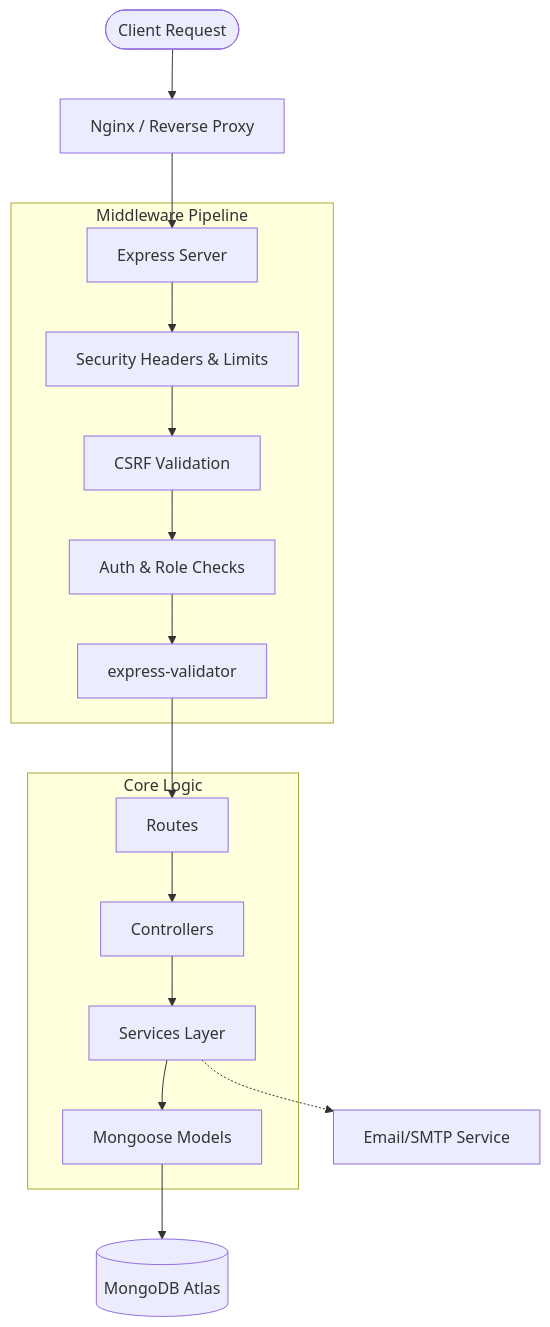
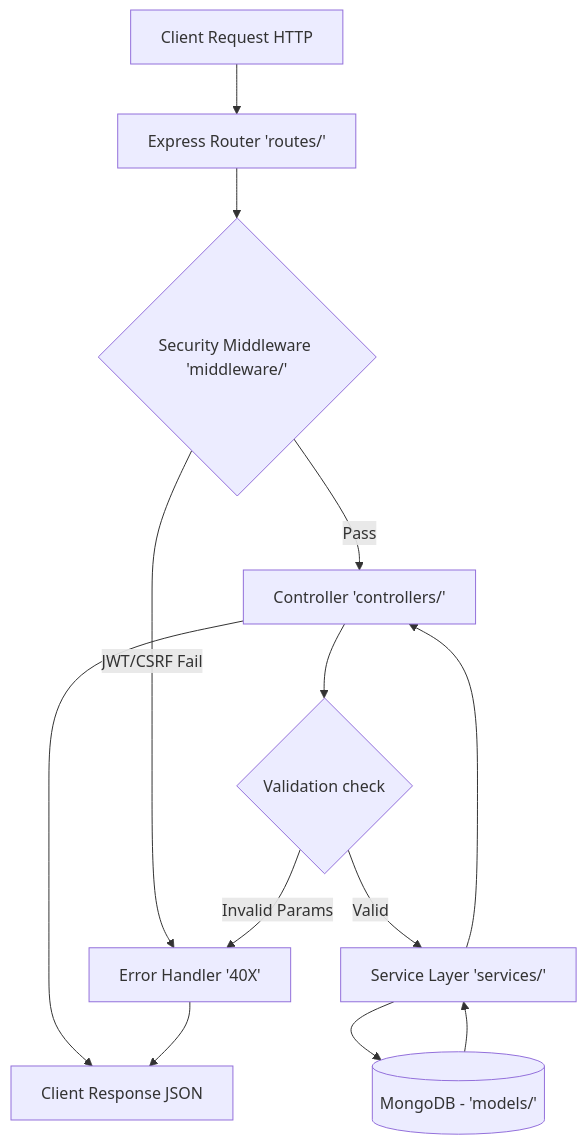
The diagram in backend/docs/architecture.md (mostafa-karam/eventx-studio), drawn with Mermaid before and after one commit. The commit also changed other lines of this file and 38 other files, not shown here.

Commit message:
feat: initialize backend project structure with MVC+S architecture, documentation, and core controllers

`````diff
--- a/backend/docs/architecture.md
+++ b/backend/docs/architecture.md
@@ -7,22 +9,15 @@
-```mermaid
+````mermaid
 graph TD
-    Client([Client Request]) --> Proxy[Nginx / Reverse Proxy]
-    Proxy --> Server[Express Server]
-
-    subgraph Middleware Pipeline
-        Server --> Sec[Security Headers & Limits]
-        Sec --> CSRF[CSRF Validation]
-        CSRF --> Auth[Auth & Role Checks]
-        Auth --> Valid[express-validator]
-    end
-
-    subgraph Core Logic
-        Valid --> Route[Routes]
-        Route --> Controller[Controllers]
-        Controller --> Service[Services Layer]
-        Service --> Model[Mongoose Models]
-    end
-
-    Model --> DB[(MongoDB Atlas)]
-    Service -.-> Email[Email/SMTP Service]
-```
+    A[Client Request HTTP] --> B[Express Router 'routes/']
+    B --> C{Security Middleware 'middleware/'}
+    C -->|JWT/CSRF Fail| X[Error Handler '40X']
+    C -->|Pass| D[Controller 'controllers/']
+    D --> E{Validation check}
+    E -->|Invalid Params| X
+    E -->|Valid| F[Service Layer 'services/']
+    F --> G[(MongoDB - 'models/')]
+    G --> F
+    F --> D
+    D --> H[Client Response JSON]
+    X --> H
+````
`````
